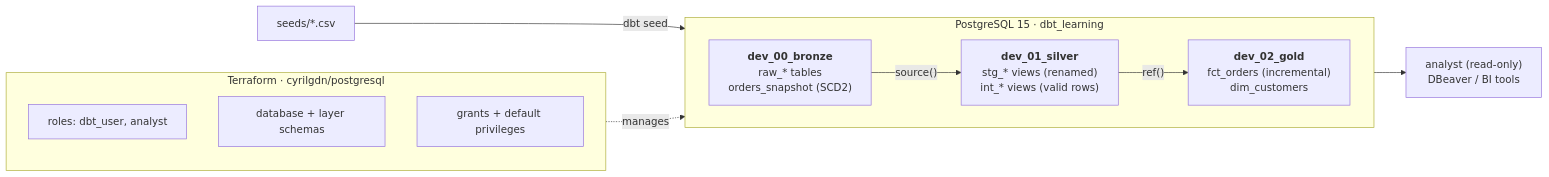
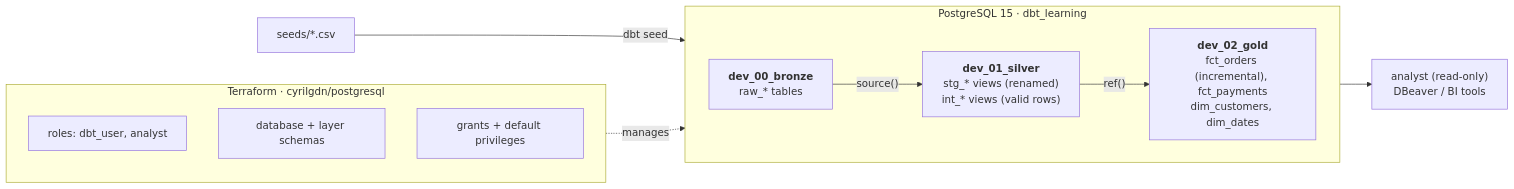
One commit to matiastulli/dbt-terraform-postgres-medallion changed the diagram in README.md. Above: the diagram before and after it, drawn with Mermaid. The commit also changed other lines of this file and 8 other files, not shown here.

````diff
--- a/README.md
+++ b/README.md
@@ -15,20 +15,20 @@
 ```mermaid
 flowchart LR
     CSV["seeds/*.csv"] -->|dbt seed| B
 
     subgraph PG["PostgreSQL 15 · dbt_learning"]
         direction LR
-        B["<b>dev_00_bronze</b><br/>raw_* tables<br/>orders_snapshot (SCD2)"] -->|"source()"| S["<b>dev_01_silver</b><br/>stg_* views (renamed)<br/>int_* views (valid rows)"]
-        S -->|"ref()"| G["<b>dev_02_gold</b><br/>fct_orders (incremental)<br/>dim_customers"]
+        B["<b>dev_00_bronze</b><br/>raw_* tables"] -->|"source()"| S["<b>dev_01_silver</b><br/>stg_* views (renamed)<br/>int_* views (valid rows)"]
+        S -->|"ref()"| G["<b>dev_02_gold</b><br/>fct_orders (incremental), fct_payments<br/>dim_customers, dim_dates"]
     end
 
     subgraph TF["Terraform · cyrilgdn/postgresql"]
         direction TB
         T1["roles: dbt_user, analyst"]
         T2["database + layer schemas"]
         T3["grants + default privileges"]
     end
 
     TF -. manages .-> PG
     G --> A["analyst (read-only)<br/>DBeaver / BI tools"]
 ```
````
